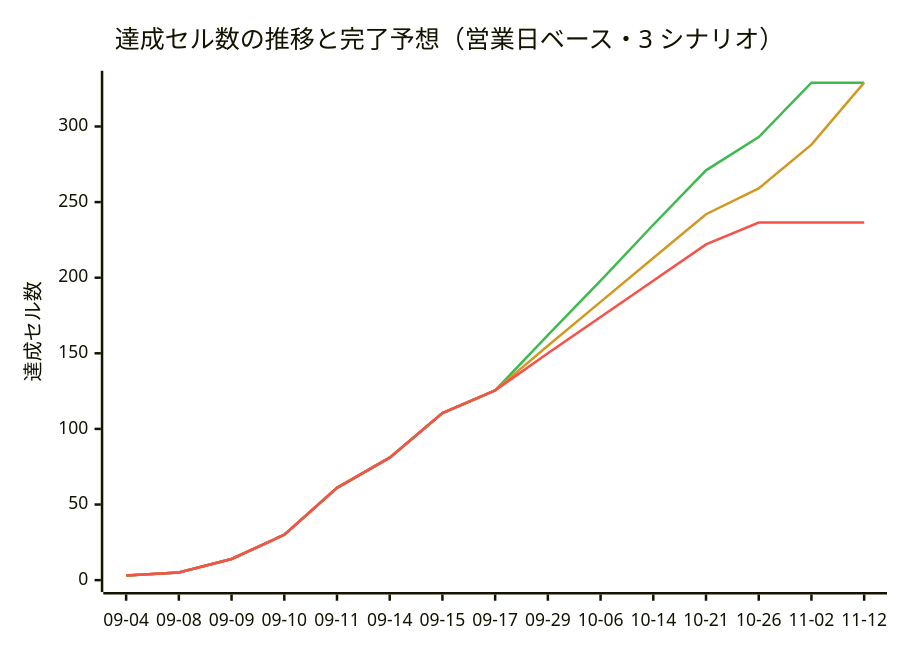
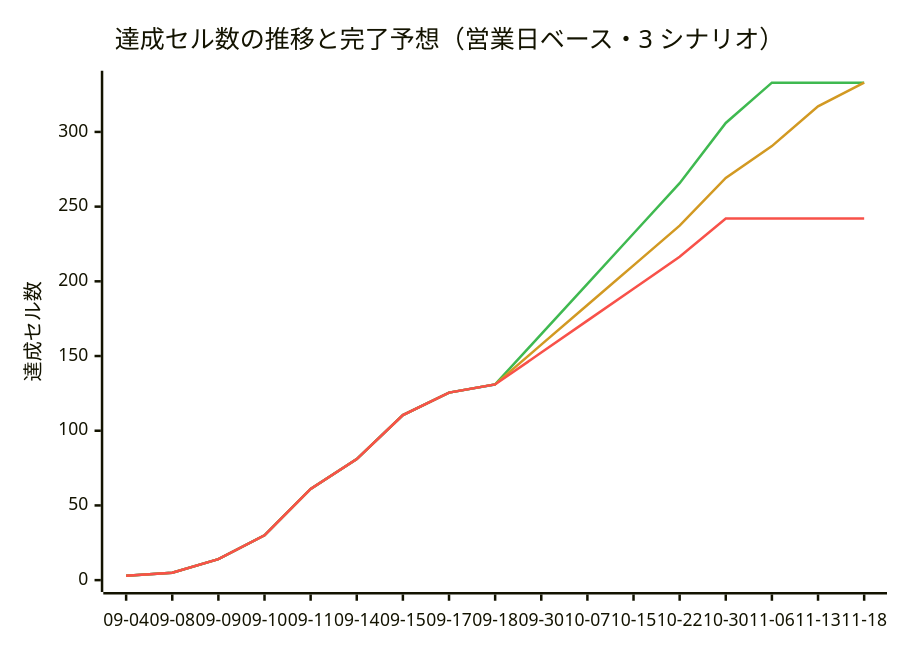
The diagram in docs/progress.md (yoshihisatanaka/Pre-Market_Trading_frontend), drawn with Mermaid before and after one commit. The commit also changed other lines of this file, not shown here.

````diff
--- a/docs/progress.md
+++ b/docs/progress.md
@@ -364,11 +351,11 @@
 ```mermaid
 %%{init: {"themeVariables": {"xyChart": {"plotColorPalette": "#2f6feb, #3fb950, #d29922, #f85149"}}}}%%
 xychart-beta
     title "達成セル数の推移と完了予想（営業日ベース・3 シナリオ）"
-    x-axis ["09-04", "09-08", "09-09", "09-10", "09-11", "09-14", "09-15", "09-17", "09-29", "10-06", "10-14", "10-21", "10-26", "11-02", "11-12"]
-    y-axis "達成セル数" 0 --> 329
-    line [3, 5, 14, 30, 61, 81, 110.5, 125.5]
-    line [3, 5, 14, 30, 61, 81, 110.5, 125.5, 162, 198, 235, 271, 293, 329, 329]
-    line [3, 5, 14, 30, 61, 81, 110.5, 125.5, 155, 184, 213, 242, 259, 288, 329]
-    line [3, 5, 14, 30, 61, 81, 110.5, 125.5, 150, 174, 198, 222, 236.5, 236.5, 236.5]
+    x-axis ["09-04", "09-08", "09-09", "09-10", "09-11", "09-14", "09-15", "09-17", "09-18", "09-30", "10-07", "10-15", "10-22", "10-30", "11-06", "11-13", "11-18"]
+    y-axis "達成セル数" 0 --> 333
+    line [3, 5, 14, 30, 61, 81, 110.5, 125.5, 131]
+    line [3, 5, 14, 30, 61, 81, 110.5, 125.5, 131, 164.7, 198.3, 232, 265.7, 306, 333, 333, 333]
+    line [3, 5, 14, 30, 61, 81, 110.5, 125.5, 131, 157.6, 184.2, 210.7, 237.3, 269.2, 290.5, 317.1, 333]
+    line [3, 5, 14, 30, 61, 81, 110.5, 125.5, 131, 152.3, 173.7, 195, 216.4, 242, 242, 242, 242]
 ```
````
